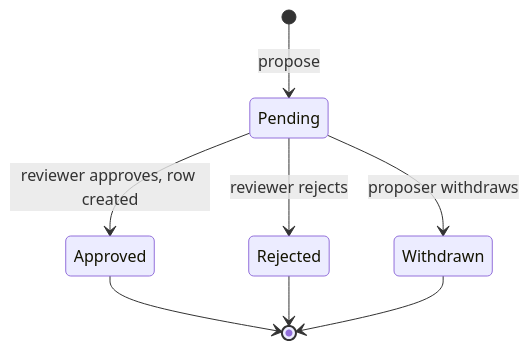
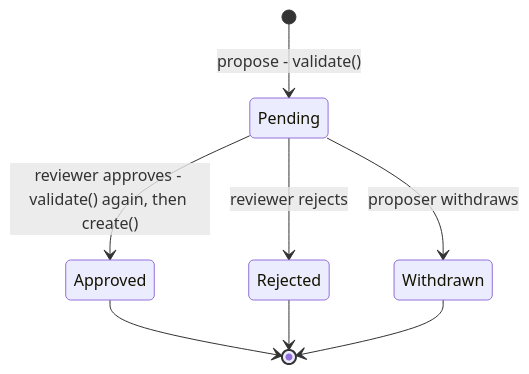
The diagram in modules/suggestion/README.md (xuedi/meetagain), drawn with Mermaid before and after one commit. The commit also changed other lines of this file and 6 other files, not shown here.

````diff
--- a/modules/suggestion/README.md
+++ b/modules/suggestion/README.md
@@ -57,10 +10,10 @@
 ```mermaid
 stateDiagram-v2
-    [*] --> Pending: propose
-    Pending --> Approved: reviewer approves, row created
+    [*] --> Pending: propose - validate()
+    Pending --> Approved: reviewer approves - validate() again, then create()
     Pending --> Rejected: reviewer rejects
     Pending --> Withdrawn: proposer withdraws
     Approved --> [*]
     Rejected --> [*]
     Withdrawn --> [*]
 ```
````
